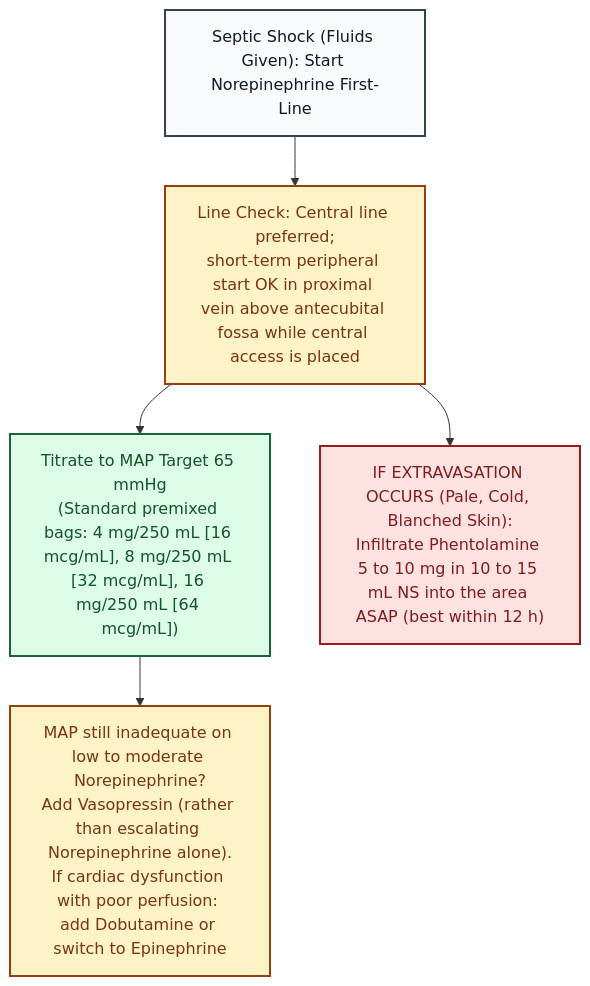
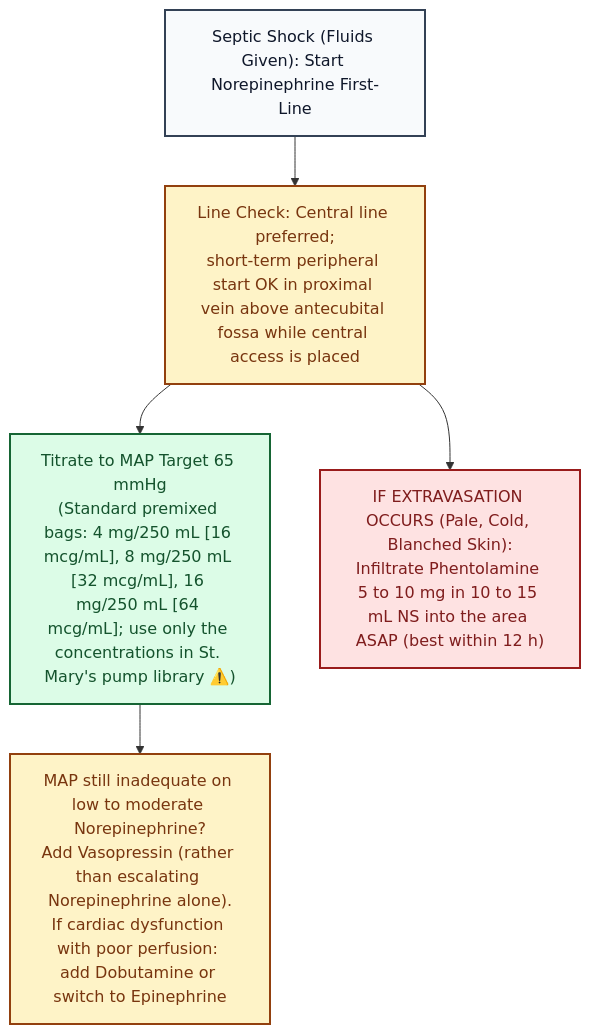
The diagram in src/wiki/drug-hub/monographs/Norepinephrine.md (Shan12377/stmarys-residency-site), drawn with Mermaid before and after one commit. The commit also changed 79 other files, not shown here.

````diff
--- a/src/wiki/drug-hub/monographs/Norepinephrine.md
+++ b/src/wiki/drug-hub/monographs/Norepinephrine.md
@@ -26,13 +26,13 @@
 ```mermaid
 flowchart TD
     START["Septic Shock (Fluids Given): Start Norepinephrine First-Line"] --> LINE["Line Check: Central line preferred;<br/>short-term peripheral start OK in proximal vein above antecubital fossa while central access is placed"]
-    LINE --> TITR["Titrate to MAP Target 65 mmHg<br/>(Standard premixed bags: 4 mg/250 mL [16 mcg/mL], 8 mg/250 mL [32 mcg/mL], 16 mg/250 mL [64 mcg/mL])"]
+    LINE --> TITR["Titrate to MAP Target 65 mmHg<br/>(Standard premixed bags: 4 mg/250 mL [16 mcg/mL], 8 mg/250 mL [32 mcg/mL], 16 mg/250 mL [64 mcg/mL]; use only the concentrations in St. Mary's pump library ⚠️)"]
     TITR --> NEXT["MAP still inadequate on low to moderate Norepinephrine?<br/>Add Vasopressin (rather than escalating Norepinephrine alone).<br/>If cardiac dysfunction with poor perfusion: add Dobutamine or switch to Epinephrine"]
     LINE --> EXT["IF EXTRAVASATION OCCURS (Pale, Cold, Blanched Skin):<br/>Infiltrate Phentolamine 5 to 10 mg in 10 to 15 mL NS into the area ASAP (best within 12 h)"]
 
     style START fill:#f8fafc,stroke:#334155,color:#0f172a,stroke-width:2px
     style LINE fill:#fef3c7,stroke:#92400e,color:#78350f,stroke-width:2px
     style TITR fill:#dcfce7,stroke:#166534,color:#14532d,stroke-width:2px
     style NEXT fill:#fef3c7,stroke:#92400e,color:#78350f,stroke-width:2px
     style EXT fill:#fee2e2,stroke:#991b1b,color:#7f1d1d,stroke-width:2px
 ```
````
